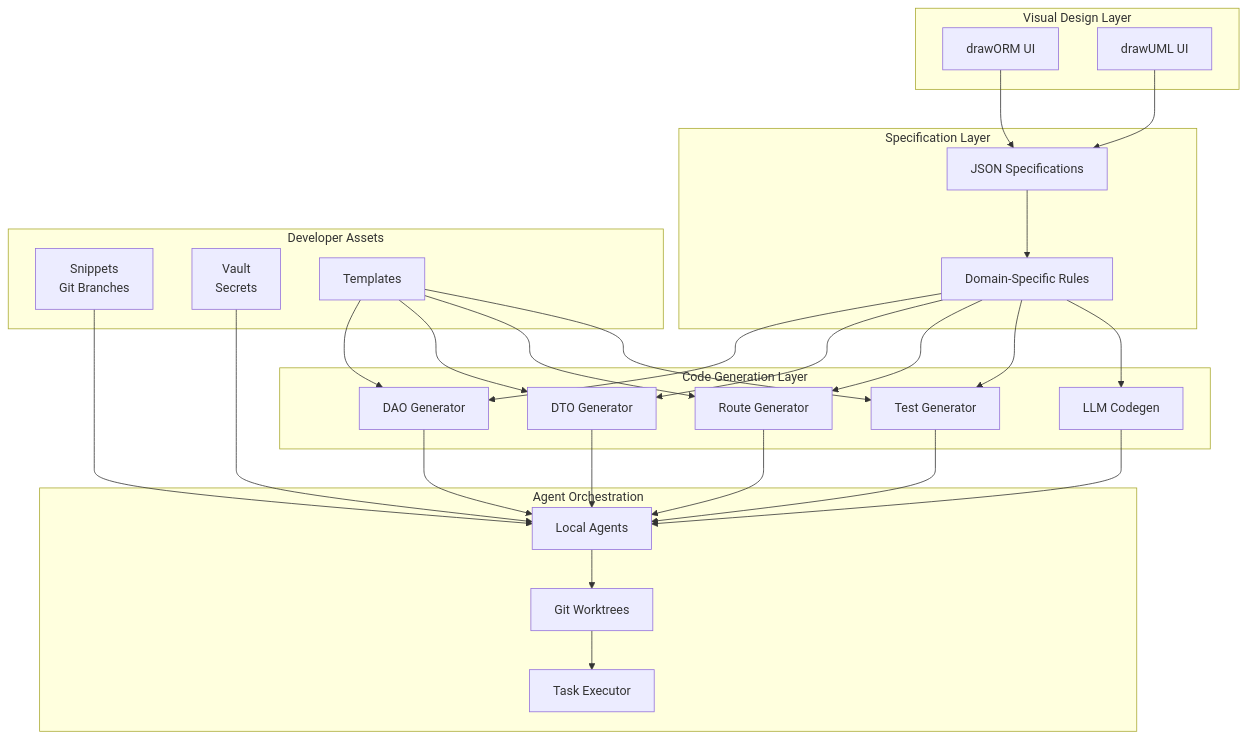
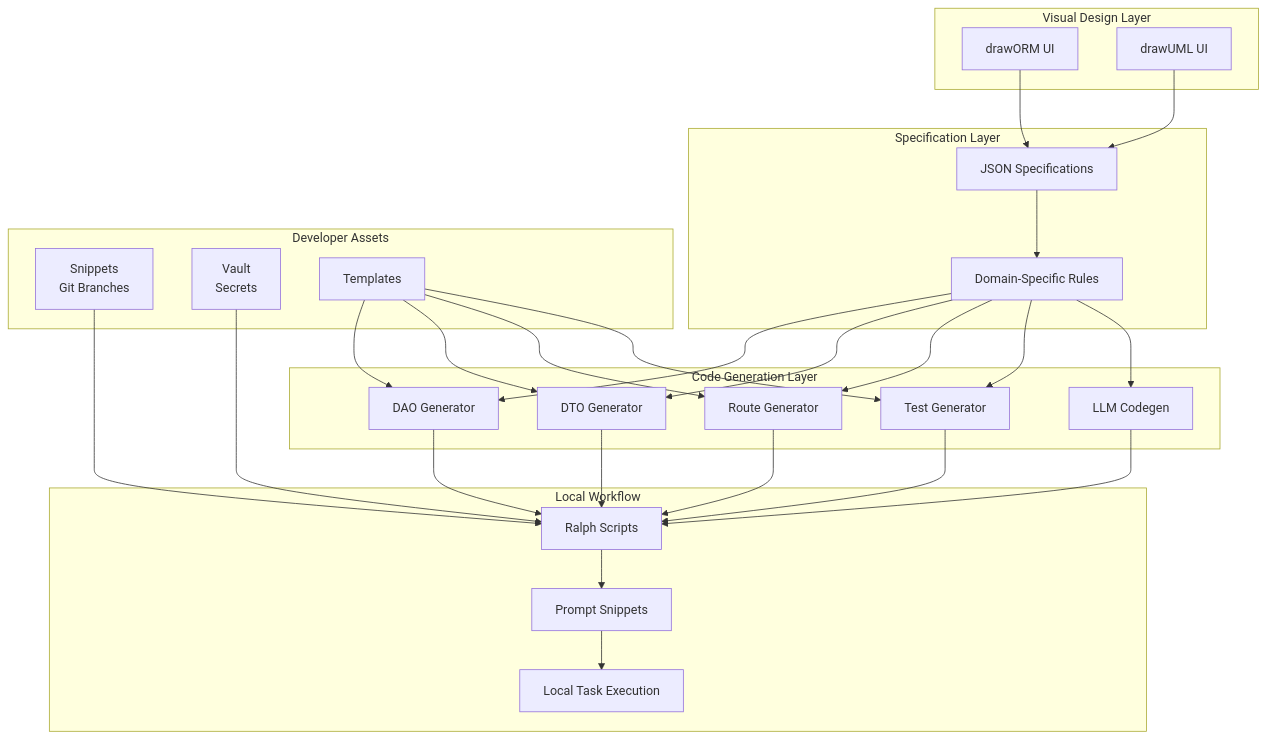
Before and after one commit to kesler20/_devOS: the first of 3 diagrams in README.md, drawn with Mermaid. The commit also changed other lines of this file and 8 other files, not shown here.

````diff
--- a/README.md
+++ b/README.md
@@ -401,54 +389,54 @@
 ```mermaid
 graph TB
     subgraph "Visual Design Layer"
         A[drawORM UI]
         B[drawUML UI]
     end
 
     subgraph "Specification Layer"
         C[JSON Specifications]
         D[Domain-Specific Rules]
     end
 
     subgraph "Code Generation Layer"
         E[DAO Generator]
         F[DTO Generator]
         G[Route Generator]
         H[Test Generator]
         I[LLM Codegen]
     end
 
-    subgraph "Agent Orchestration"
-        J[Local Agents]
-        K[Git Worktrees]
-        L[Task Executor]
+    subgraph "Local Workflow"
+      J[Ralph Scripts]
+      K[Prompt Snippets]
+      L[Local Task Execution]
     end
 
     subgraph "Developer Assets"
         M[Snippets<br/>Git Branches]
         N[Vault<br/>Secrets]
         O[Templates]
     end
 
     A --> C
     B --> C
     C --> D
     D --> E
     D --> F
     D --> G
     D --> H
     D --> I
     E --> J
     F --> J
     G --> J
     H --> J
     I --> J
     J --> K
     K --> L
     M --> J
     N --> J
     O --> E
     O --> F
     O --> G
     O --> H
 ```
````
